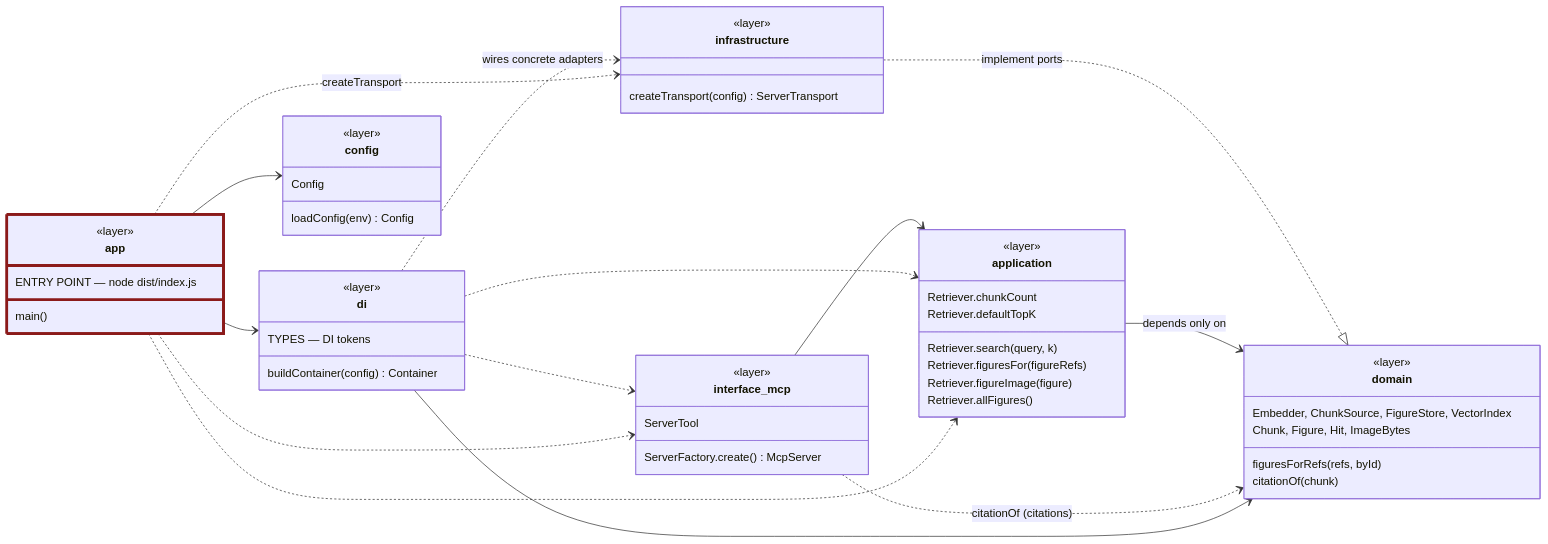
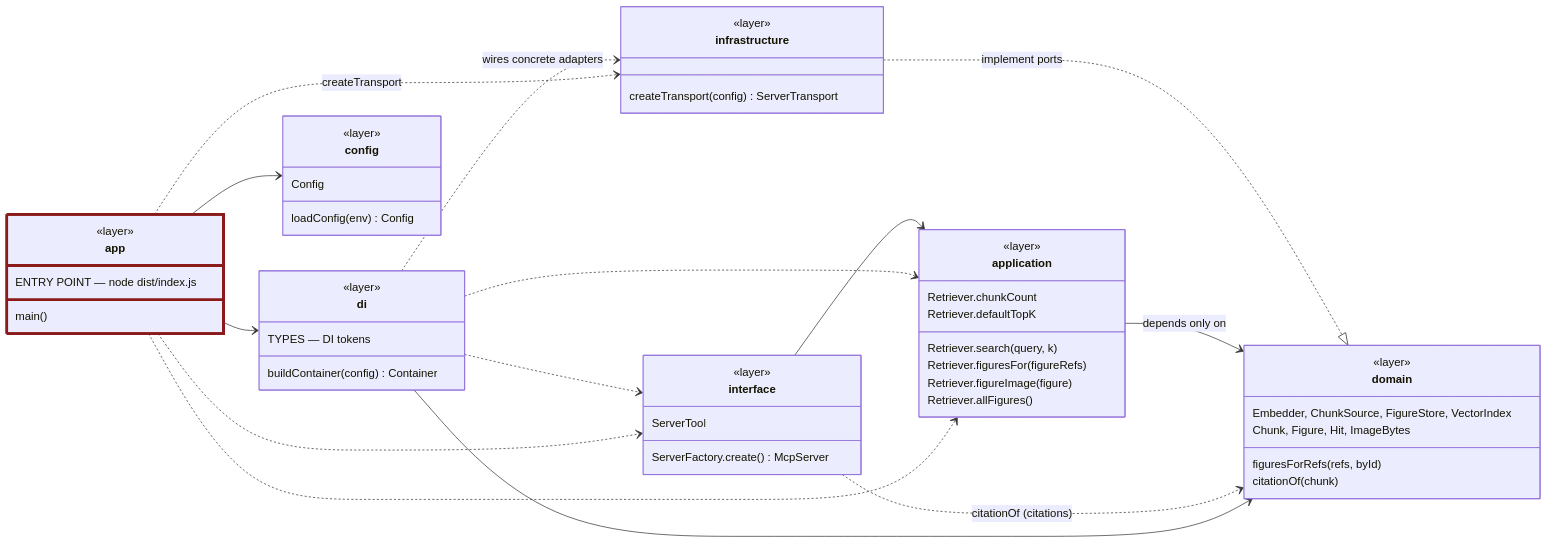
Before and after one commit to SzatanKluska/MCPSWEBOK: diagram 11 of 19 in docs/architecture/system-class-diagram.md, drawn with Mermaid. The commit also changed other lines of this file and 19 other files, not shown here.

````diff
--- a/docs/architecture/system-class-diagram.md
+++ b/docs/architecture/system-class-diagram.md
@@ -476,53 +476,53 @@
 ```mermaid
 classDiagram
   direction LR
 
   class domain { <<layer>>
     Embedder, ChunkSource, FigureStore, VectorIndex
     Chunk, Figure, Hit, ImageBytes
     figuresForRefs(refs, byId)
     citationOf(chunk)
   }
   class application { <<layer>>
     Retriever.search(query, k)
     Retriever.figuresFor(figureRefs)
     Retriever.figureImage(figure)
     Retriever.allFigures()
     Retriever.chunkCount
     Retriever.defaultTopK
   }
   class infrastructure { <<layer>>
     createTransport(config) ServerTransport
   }
-  class interface_mcp { <<layer>>
+  class interface { <<layer>>
     ServerFactory.create() McpServer
     ServerTool
   }
   class di { <<layer>>
     buildContainer(config) Container
     TYPES — DI tokens
   }
   class config { <<layer>>
     loadConfig(env) Config
     Config
   }
   class app { <<layer>>
     ENTRY POINT — node dist/index.js
     main()
   }
 
   infrastructure ..|> domain : implement ports
   application --> domain : depends only on
-  interface_mcp --> application
-  interface_mcp ..> domain : citationOf (citations)
+  interface --> application
+  interface ..> domain : citationOf (citations)
   di ..> infrastructure : wires concrete adapters
   di ..> application
-  di ..> interface_mcp
+  di ..> interface
   di --> domain
   app --> di
   app --> config
   app ..> application
-  app ..> interface_mcp
+  app ..> interface
   app ..> infrastructure : createTransport
   style app stroke:#8B1A1A,stroke-width:4px
 ```
````
